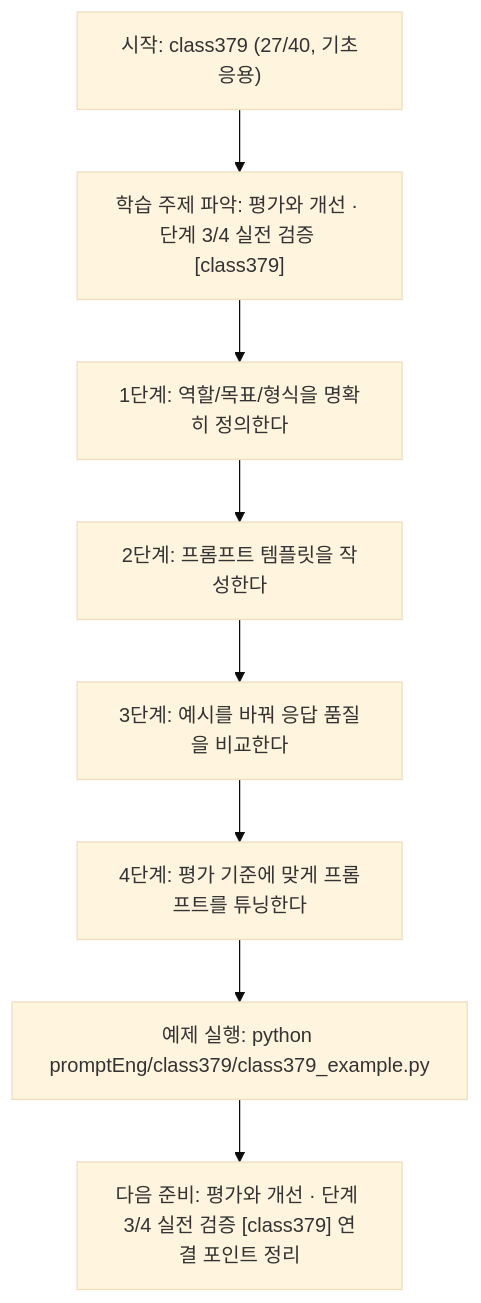
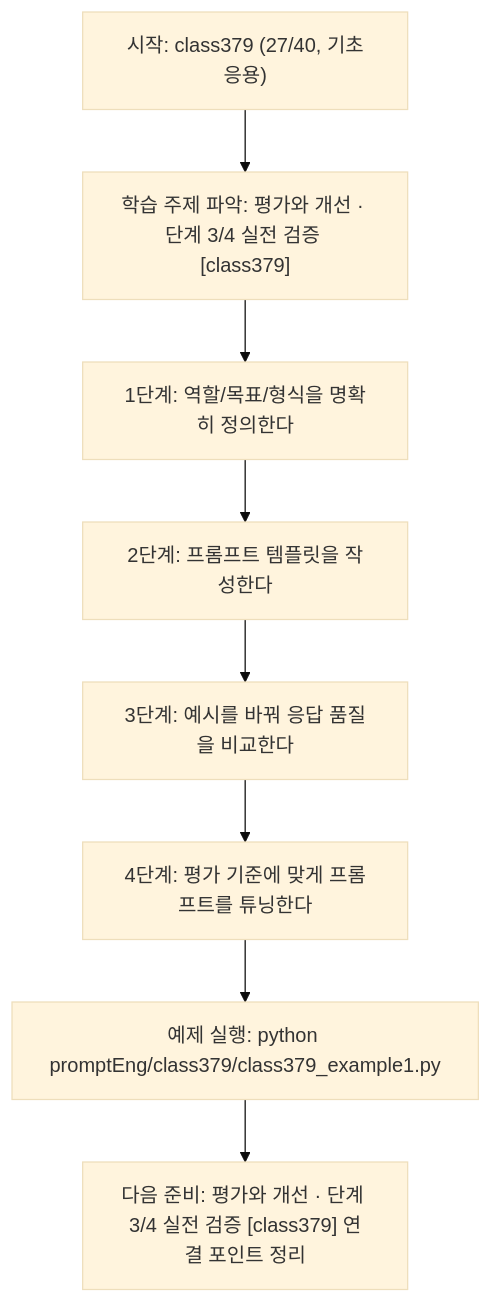
Before and after one commit to edumgt/Python-AI_Agent-Class: the diagram in promptEng/class379/class379.md, drawn with Mermaid (base theme). The commit also changed other lines of this file and 2959 other files, not shown here.

````diff
--- a/promptEng/class379/class379.md
+++ b/promptEng/class379/class379.md
@@ -109,18 +109,18 @@
 ```mermaid
 flowchart TD
 N1["시작: class379 (27/40, 기초응용)"]
 N2["학습 주제 파악: 평가와 개선 · 단계 3/4 실전 검증 [class379]"]
 N3["1단계: 역할/목표/형식을 명확히 정의한다"]
 N4["2단계: 프롬프트 템플릿을 작성한다"]
 N5["3단계: 예시를 바꿔 응답 품질을 비교한다"]
 N6["4단계: 평가 기준에 맞게 프롬프트를 튜닝한다"]
-N7["예제 실행: python promptEng/class379/class379_example.py"]
+N7["예제 실행: python promptEng/class379/class379_example1.py"]
 N8["다음 준비: 평가와 개선 · 단계 3/4 실전 검증 [class379] 연결 포인트 정리"]
 N1 --> N2
 N2 --> N3
 N3 --> N4
 N4 --> N5
 N5 --> N6
 N6 --> N7
 N7 --> N8
 ```
````
